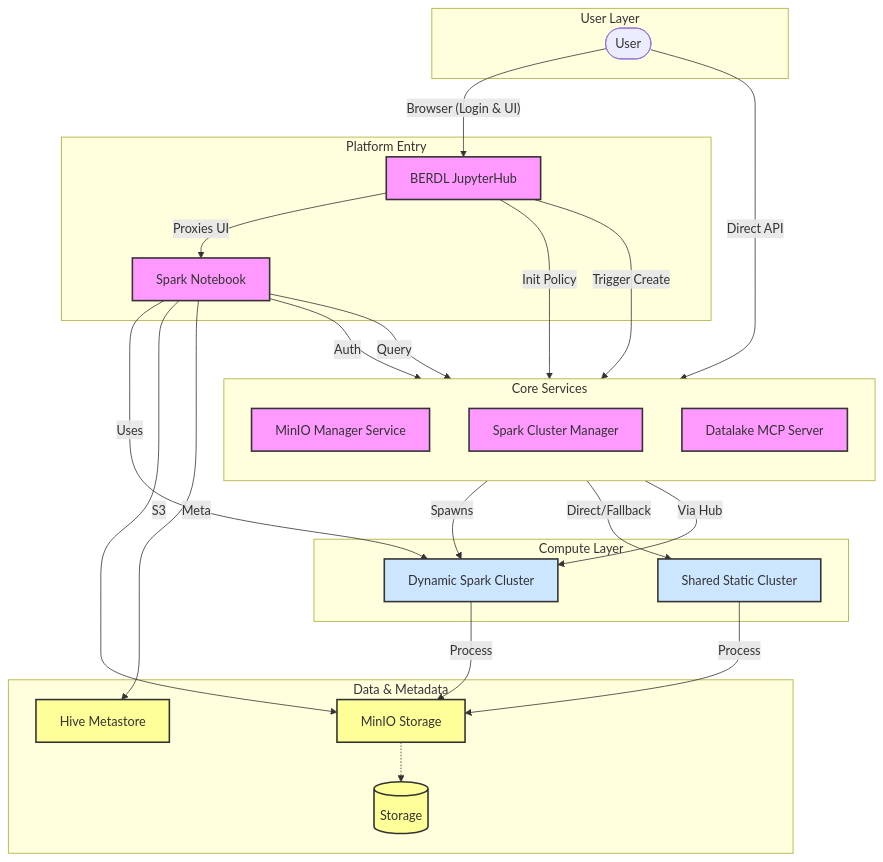
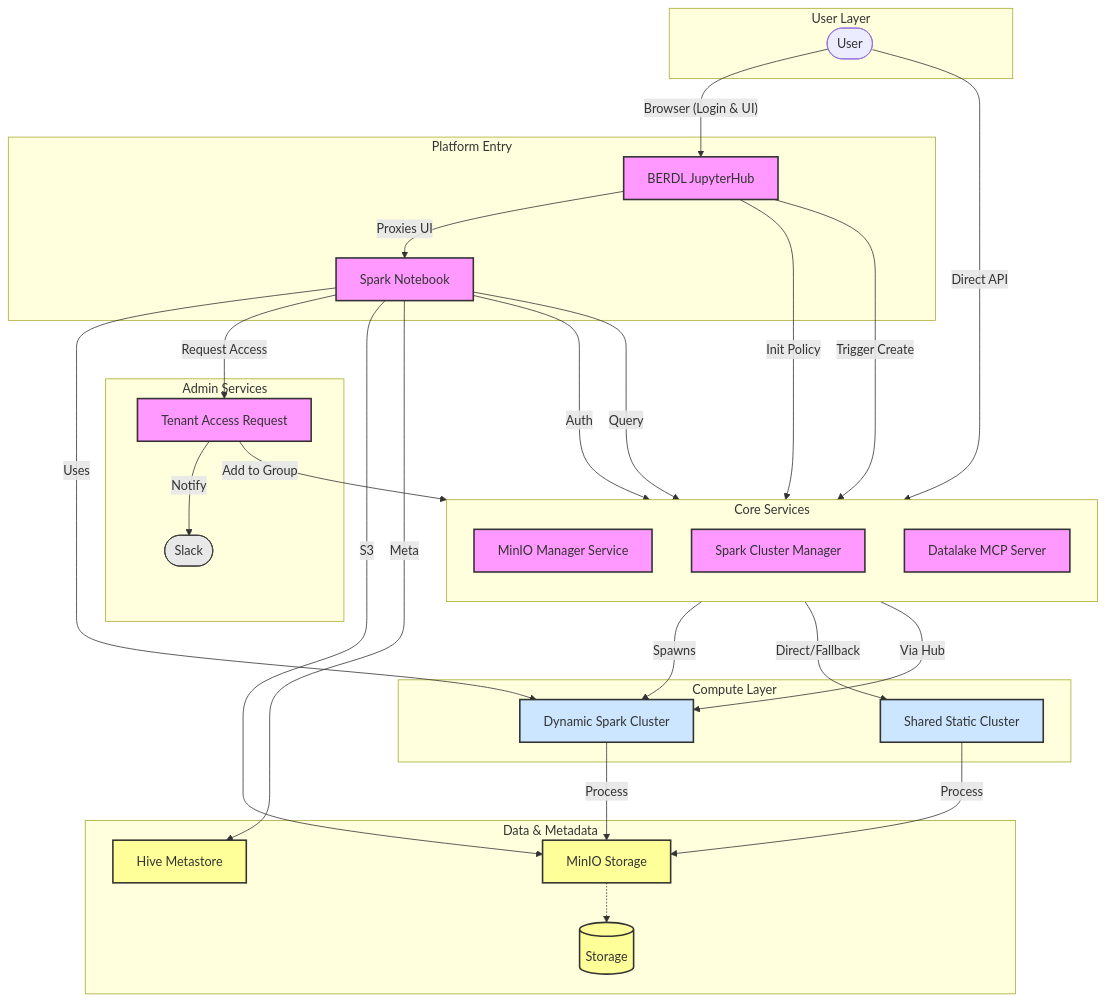
The first of 3 diagrams in README.md (BERDataLakehouse/berdl_docs), drawn with Mermaid before and after one commit. The commit also changed other lines of this file and 3 other files, not shown here.

````diff
--- a/README.md
+++ b/README.md
@@ -13,70 +13,82 @@
 ```mermaid
 graph TD
     %% Use subgraphs to organize hierarchically
     
     subgraph Users ["User Layer"]
         User([User])
     end
 
     subgraph Entry ["Platform Entry"]
         JH[BERDL JupyterHub]
         NB[Spark Notebook]
     end
 
     subgraph Core ["Core Services"]
         direction TB
         MMS[MinIO Manager Service]
         SCM[Spark Cluster Manager]
         MCP[Datalake MCP Server]
+    end
+
+    subgraph Admin ["Admin Services"]
+        TAS[Tenant Access Request]
+        Slack([Slack])
     end
 
     subgraph Compute ["Compute Layer"]
         DYNC[Dynamic Spark Cluster]
         SM[Shared Static Cluster]
     end
 
     subgraph Data ["Data & Metadata"]
         S3[MinIO Storage]
         HM[Hive Metastore]
         Disk[(Storage)]
     end
 
     %% Interactions
     
     %% User Entry Flow
     User -->|"Browser (Login & UI)"| JH
     User -->|Direct API| MCP
     
     %% JupyterHub Internal Flow
     JH -->|Proxies UI| NB
     JH -->|Init Policy| MMS
     JH -->|Trigger Create| SCM
     
     %% Service Logic
     SCM -->|Spawns| DYNC
     NB -->|Uses| DYNC
     
     %% Notebook Interactions
     NB -->|Auth| MMS
     NB -->|Query| MCP
     
+    %% Admin Flow (Access Requests)
+    NB -->|Request Access| TAS
+    TAS -->|Notify| Slack
+    TAS -->|Add to Group| MMS
+    
     %% MCP Logic
     MCP -->|Direct/Fallback| SM
     MCP -->|Via Hub| DYNC
     
     %% Data Access
     NB -->|S3| S3
     NB -->|Meta| HM
     DYNC -->|Process| S3
     SM -->|Process| S3
     S3 -.-> Disk
 
     %% Styling
     classDef service fill:#f9f,stroke:#333,stroke-width:2px;
     classDef storage fill:#ff9,stroke:#333,stroke-width:2px;
     classDef compute fill:#cce6ff,stroke:#333,stroke-width:2px;
+    classDef external fill:#e8e8e8,stroke:#333,stroke-width:1px;
     
-    class JH,NB,MMS,SCM,MCP service;
+    class JH,NB,MMS,SCM,MCP,TAS service;
     class S3,HM,Disk storage;
     class DYNC,SM compute;
+    class Slack external;
 ```
````
